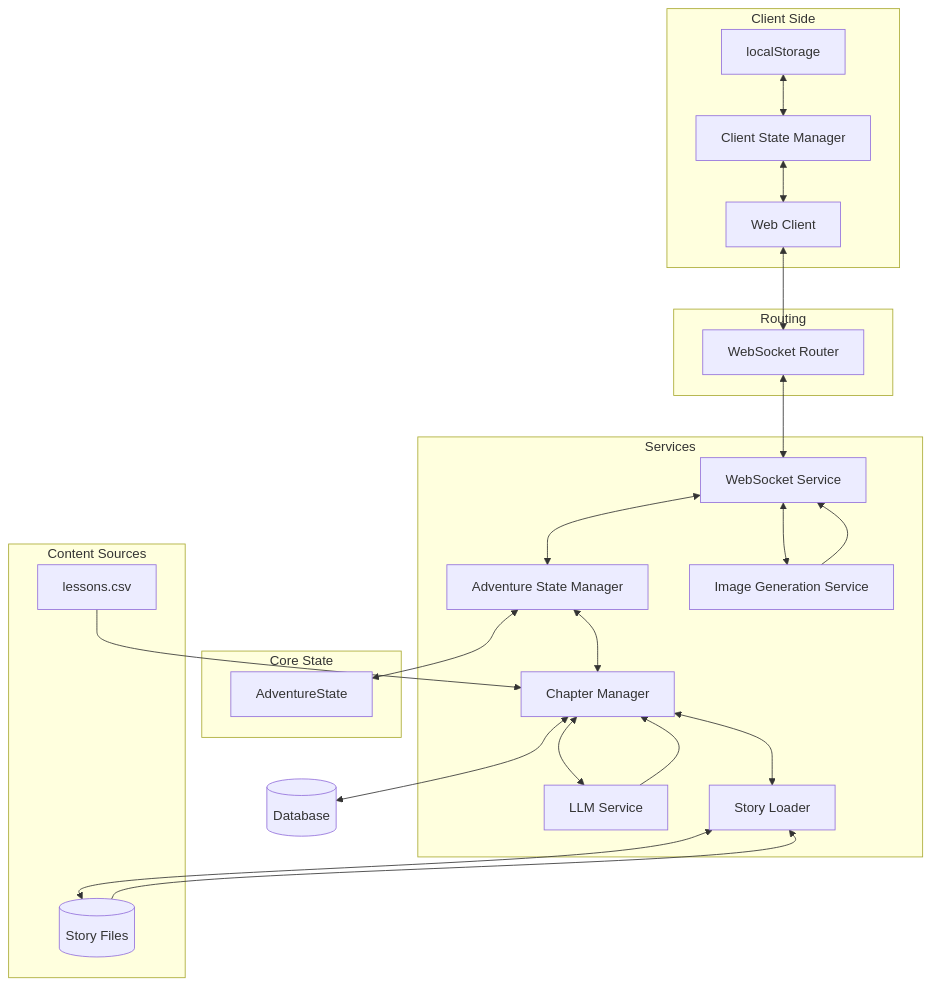
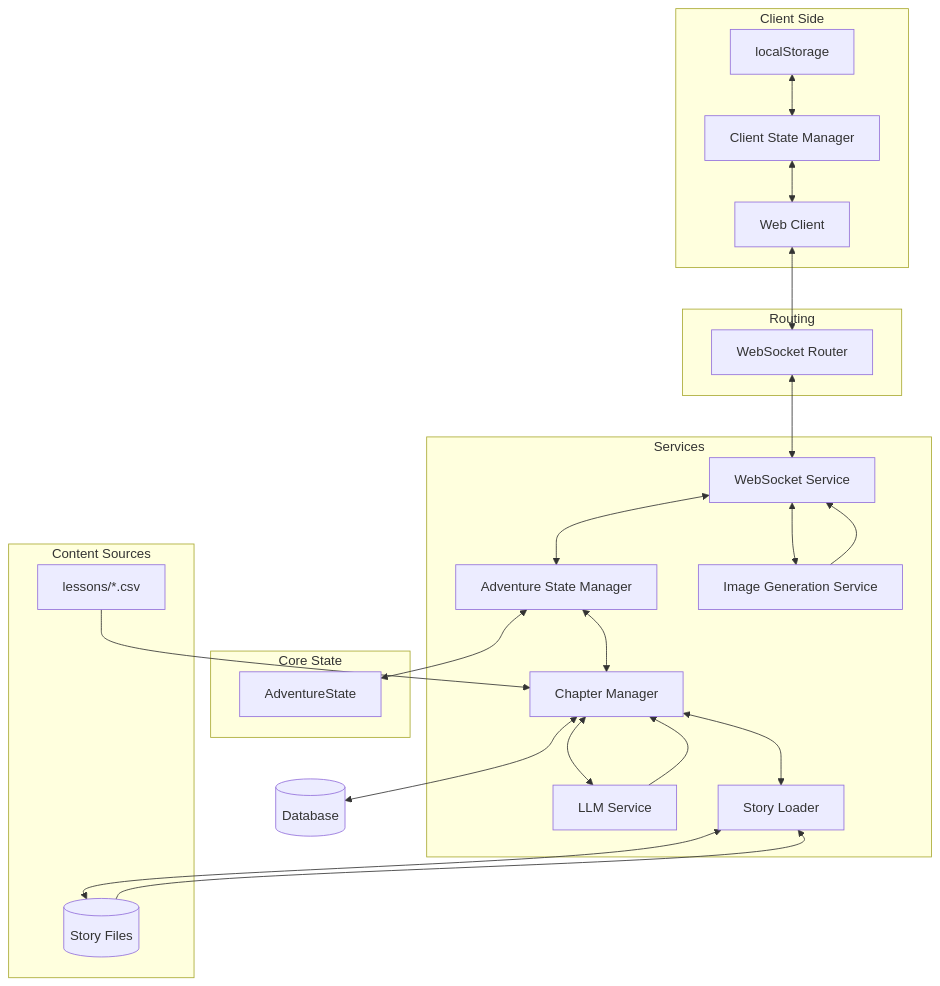
Before and after one commit to DesmondChoy/adventures: the diagram in README.md, drawn with Mermaid. The commit also changed other lines of this file, not shown here.

````diff
--- a/README.md
+++ b/README.md
@@ -27,42 +28,42 @@
 ```mermaid
 graph TD
     Client[Web Client] <--> WSR[WebSocket Router]
     WSR <--> WSS[WebSocket Service]
     WSS <--> ASM[Adventure State Manager]
     ASM <--> AS[AdventureState]
     ASM <--> CM[Chapter Manager]
     CM <--> LLM[LLM Service]
     CM <--> DB[(Database)]
     WSS <--> IMG[Image Generation Service]
     CM <--> SL[Story Loader]
     SL <--> SF[(Story Files)]
 
     subgraph Client Side
         LP[localStorage] <--> CSM[Client State Manager]
         CSM <--> Client
     end
 
     subgraph Core State
         AS
     end
 
     subgraph Services
         WSS
         ASM
         CM
         LLM
         IMG
         SL
     end
 
     subgraph Routing
         WSR
     end
 
     subgraph Content Sources
-        CSV[lessons.csv] --> CM
+        CSV[lessons/*.csv] --> CM
         LLM --> CM
         IMG --> WSS
         SF --> SL
     end
 ```
````
